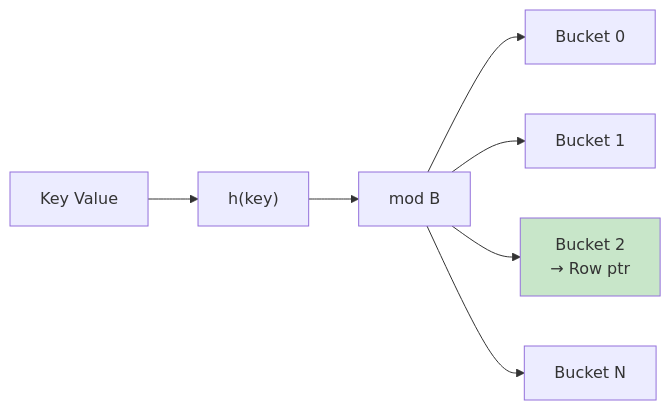
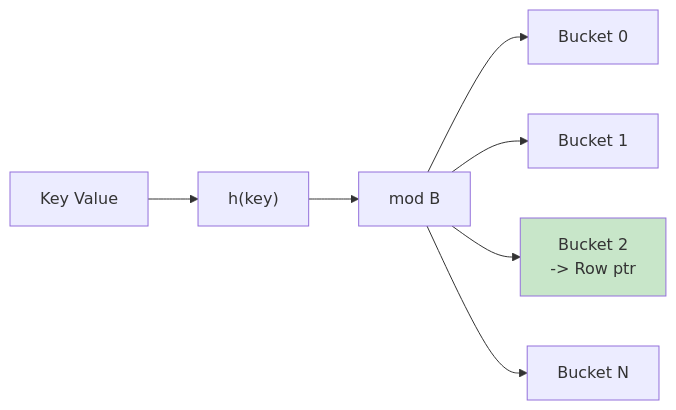
Before and after one commit to gburd/ra: the diagram in docs/encyclopedia/index-structures/hash.md, drawn with Mermaid. The commit also changed other lines of this file and 278 other files, not shown here.

````diff
--- a/docs/encyclopedia/index-structures/hash.md
+++ b/docs/encyclopedia/index-structures/hash.md
@@ -13,11 +13,11 @@
 ```mermaid
 flowchart LR
     Key[Key Value] --> Hash["h(key)"]
     Hash --> Mod["mod B"]
     Mod --> B0["Bucket 0"]
     Mod --> B1["Bucket 1"]
-    Mod --> B2["Bucket 2<br/>→ Row ptr"]
+    Mod --> B2["Bucket 2<br/>-> Row ptr"]
     Mod --> BN["Bucket N"]
 
     style B2 fill:#c8e6c9
 ```
````
